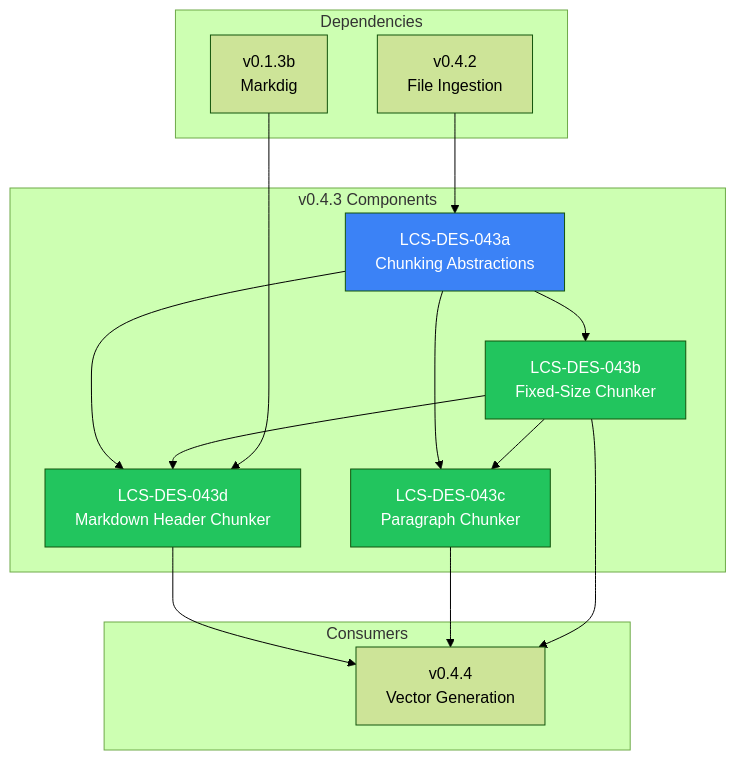
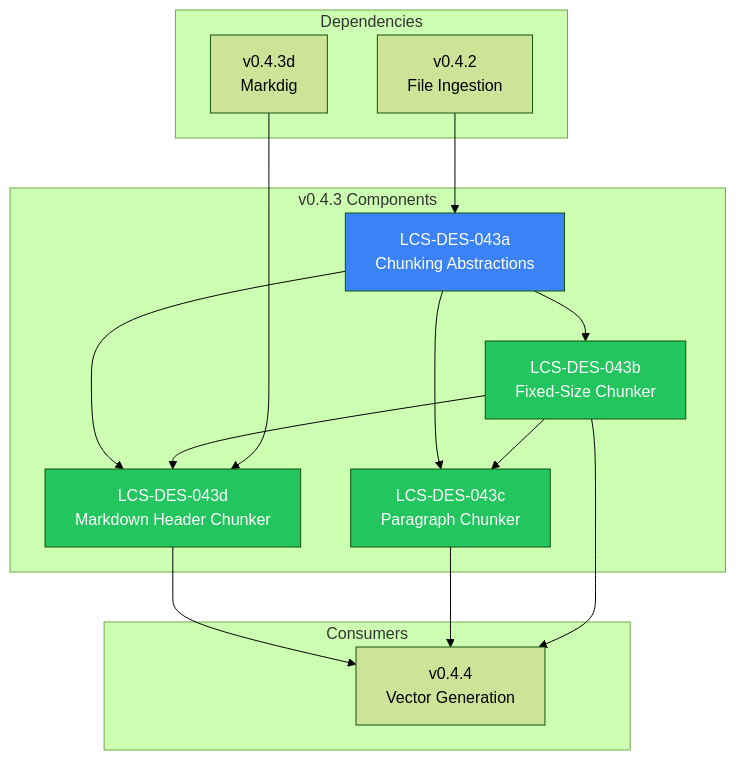
The diagram in docs/specs/v0.4.x/v0.4.3/LCS-DES-043-INDEX.md (southpawriter02/lexichord), drawn with Mermaid (forest theme) before and after one commit. The commit also changed other lines of this file and 7 other files, not shown here.

````diff
--- a/docs/specs/v0.4.x/v0.4.3/LCS-DES-043-INDEX.md
+++ b/docs/specs/v0.4.x/v0.4.3/LCS-DES-043-INDEX.md
@@ -35,34 +35,34 @@
 ```mermaid
 graph TB
     subgraph "v0.4.3 Components"
         A[LCS-DES-043a<br/>Chunking Abstractions]
         B[LCS-DES-043b<br/>Fixed-Size Chunker]
         C[LCS-DES-043c<br/>Paragraph Chunker]
         D[LCS-DES-043d<br/>Markdown Header Chunker]
     end
 
     subgraph "Dependencies"
         E[v0.4.2<br/>File Ingestion]
-        F[v0.1.3b<br/>Markdig]
+        F[v0.4.3d<br/>Markdig]
     end
 
     subgraph "Consumers"
         G[v0.4.4<br/>Vector Generation]
     end
 
     A --> B
     A --> C
     A --> D
     B --> C
     B --> D
     F --> D
     E --> A
     D --> G
     C --> G
     B --> G
 
     style A fill:#3b82f6,color:#fff
     style B fill:#22c55e,color:#fff
     style C fill:#22c55e,color:#fff
     style D fill:#22c55e,color:#fff
 ```
````
